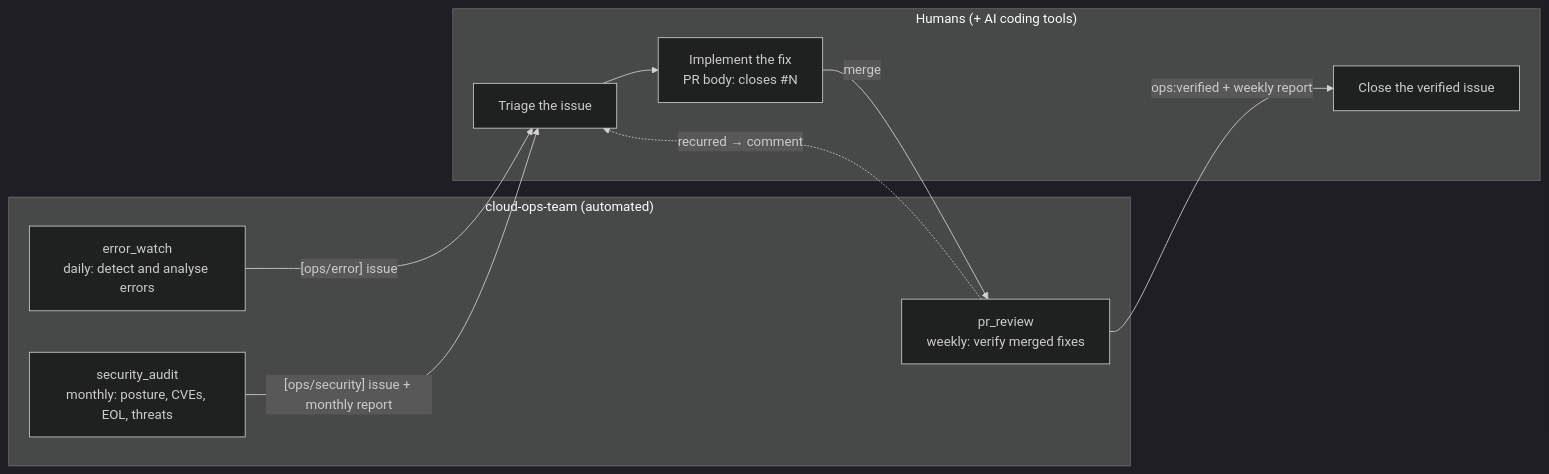
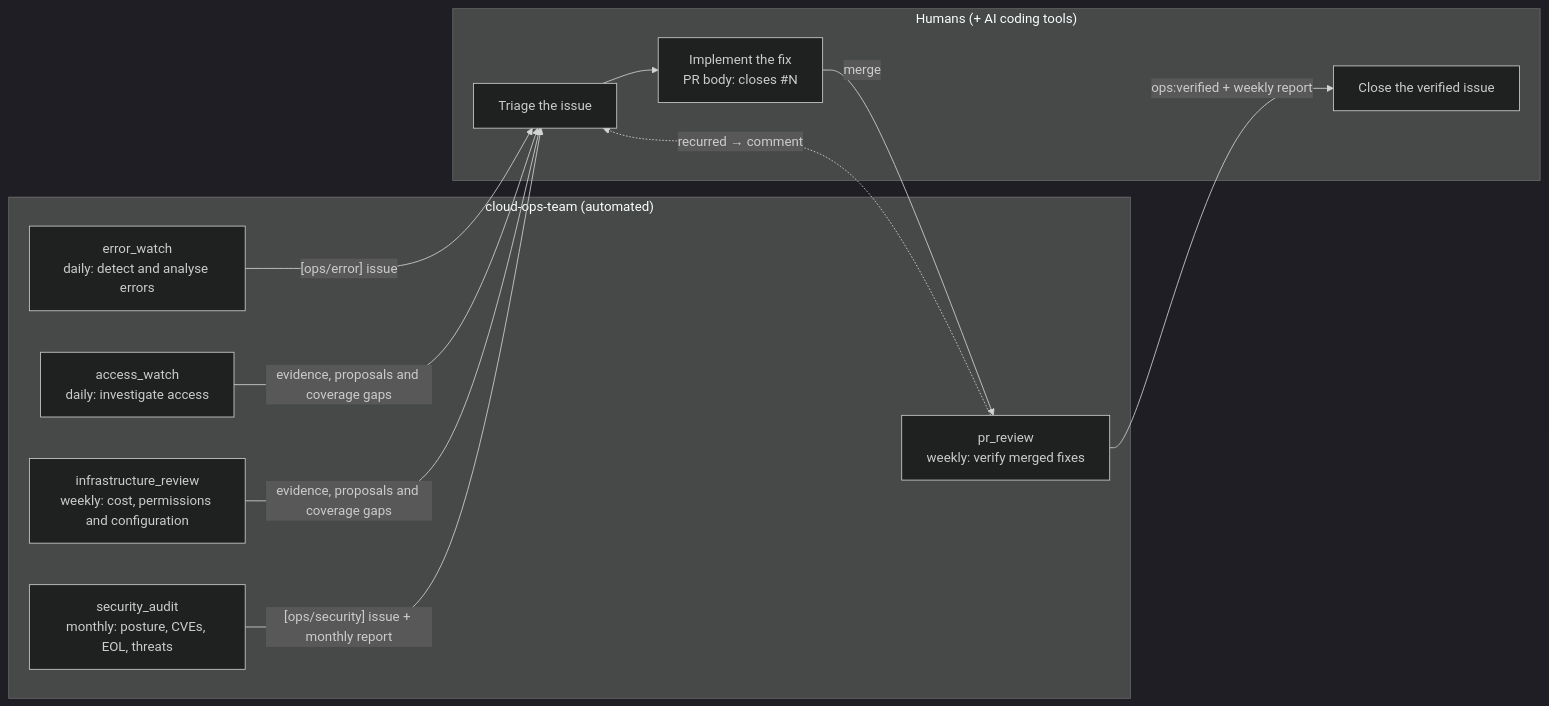
The first of 4 diagrams in docs/en/architecture.md (atsuki-sakai/cloud-ops-team), drawn with Mermaid (dark theme) before and after one commit. The commit also changed other lines of this file and 61 other files, not shown here.

````diff
--- a/docs/en/architecture.md
+++ b/docs/en/architecture.md
@@ -17,19 +17,22 @@
 ```mermaid
 flowchart LR
     subgraph Agents["cloud-ops-team (automated)"]
         EW["error_watch<br/>daily: detect and analyse errors"]
+        AW["access_watch<br/>daily: investigate access"]
+        IR["infrastructure_review<br/>weekly: cost, permissions and configuration"]
         SA["security_audit<br/>monthly: posture, CVEs, EOL, threats"]
         PR["pr_review<br/>weekly: verify merged fixes"]
     end
     subgraph Humans["Humans (+ AI coding tools)"]
         H1["Triage the issue"]
         H2["Implement the fix<br/>PR body: closes #N"]
         H3["Close the verified issue"]
     end
     EW -- "[ops/error] issue" --> H1
+    AW & IR -- "evidence, proposals and coverage gaps" --> H1
     SA -- "[ops/security] issue + monthly report" --> H1
     H1 --> H2
     H2 -- "merge" --> PR
     PR -- "ops:verified + weekly report" --> H3
     PR -. "recurred → comment" .-> H1
 ```
````
